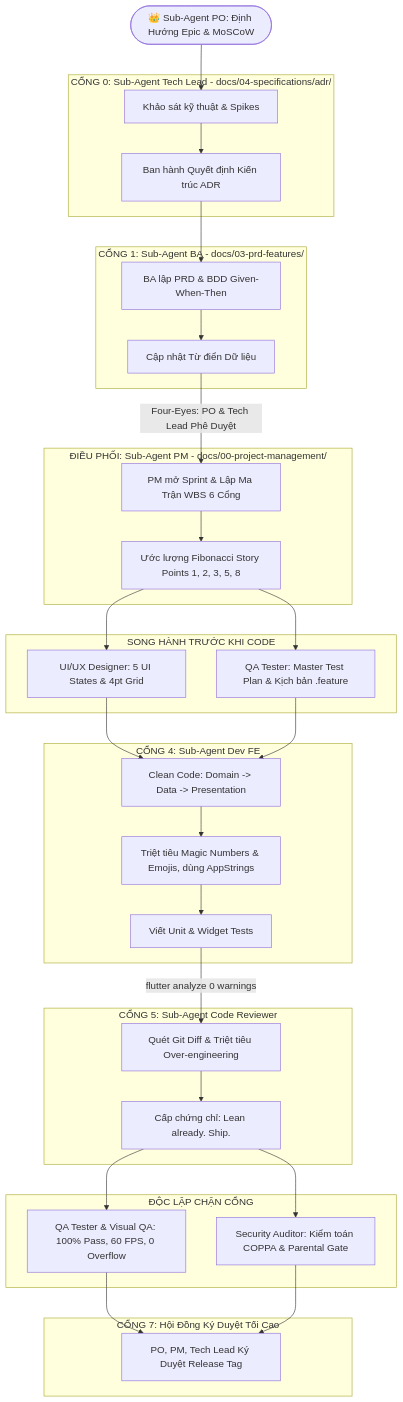
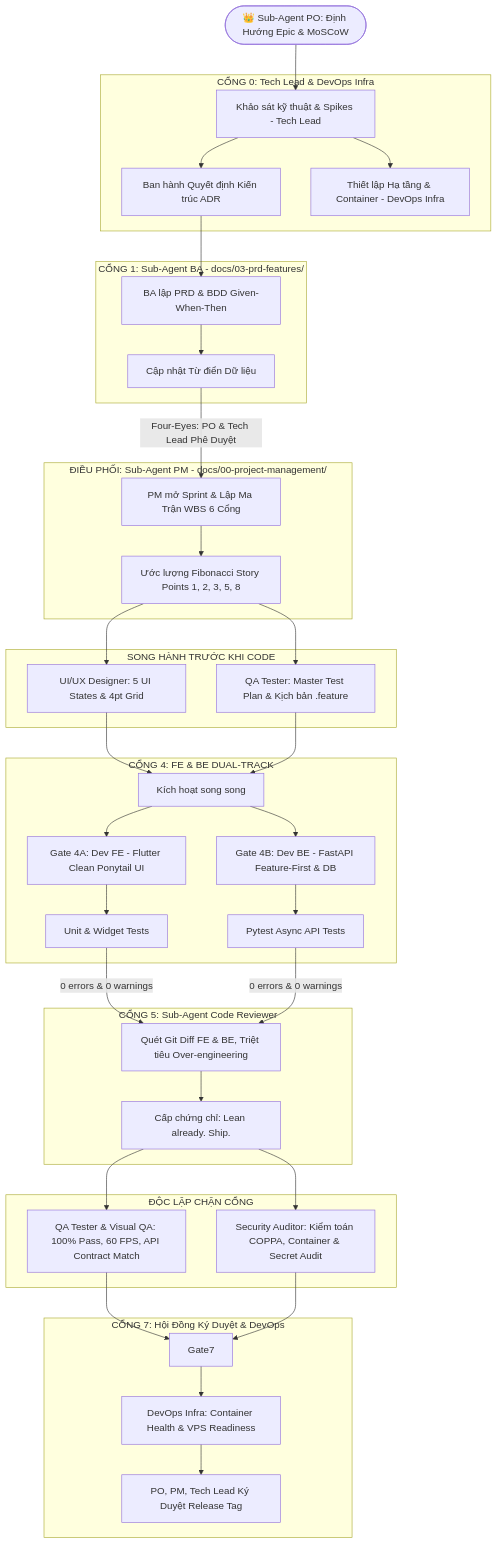
One commit to TrangDuyNguyen/kiddora changed the diagram in docs/01-overview/feature-lifecycle-sop.md. Above: the diagram before and after it, drawn with Mermaid. The commit also changed other lines of this file and 4 other files, not shown here.

Commit message:
feat(agents): add backend-dev and devops-infra sub-agents and upgrade to 11-agent dual-track lifecycle

````diff
--- a/docs/01-overview/feature-lifecycle-sop.md
+++ b/docs/01-overview/feature-lifecycle-sop.md
@@ -9,63 +9,70 @@
 ```mermaid
 flowchart TD
     Strategy([👑 Sub-Agent PO: Định Hướng Epic & MoSCoW]) --> Gate0
     
-    subgraph Gate0: Kiến Trúc & Thử Nghiệm [CỔNG 0: Sub-Agent Tech Lead - docs/04-specifications/adr/]
-        Gate0[Khảo sát kỹ thuật & Spikes]
+    subgraph Gate0: Kiến Trúc & Hạ Tầng [CỔNG 0: Tech Lead & DevOps Infra]
+        Gate0[Khảo sát kỹ thuật & Spikes - Tech Lead]
         ADR[Ban hành Quyết định Kiến trúc ADR]
+        InfraSpike[Thiết lập Hạ tầng & Container - DevOps Infra]
         Gate0 --> ADR
+        Gate0 --> InfraSpike
     end
     
     ADR --> Gate1
     
     subgraph Gate1: Yêu Cầu Nghiệp Vụ [CỔNG 1: Sub-Agent BA - docs/03-prd-features/]
         Gate1[BA lập PRD & BDD Given-When-Then]
         DataDict[Cập nhật Từ điển Dữ liệu]
         Gate1 --> DataDict
     end
     
     DataDict -->|Four-Eyes: PO & Tech Lead Phê Duyệt| PM_Plan
     
     subgraph Lập Kế Hoạch Sprint & WBS [ĐIỀU PHỐI: Sub-Agent PM - docs/00-project-management/]
         PM_Plan[PM mở Sprint & Lập Ma Trận WBS 6 Cổng]
         Points[Ước lượng Fibonacci Story Points 1, 2, 3, 5, 8]
         PM_Plan --> Points
     end
     
     Points --> Gate2 & Gate3
     
     subgraph Gate2 & 3: Thiết Kế UI/UX & Kế Hoạch Test [SONG HÀNH TRƯỚC KHI CODE]
         Gate2[UI/UX Designer: 5 UI States & 4pt Grid]
         Gate3[QA Tester: Master Test Plan & Kịch bản .feature]
     end
     
-    Gate2 & Gate3 --> Gate4
+    Gate2 & Gate3 --> Gate4_Hub
     
-    subgraph Gate4: Triển Khai Mã Nguồn [CỔNG 4: Sub-Agent Dev FE]
-        Gate4[Clean Code: Domain -> Data -> Presentation]
-        PonytailCode[Triệt tiêu Magic Numbers & Emojis, dùng AppStrings]
-        UnitTests[Viết Unit & Widget Tests]
-        Gate4 --> PonytailCode --> UnitTests
+    subgraph Gate4: Triển Khai Mã Nguồn Song Hành [CỔNG 4: FE & BE DUAL-TRACK]
+        Gate4_Hub[Kích hoạt song song]
+        Gate4A[Gate 4A: Dev FE - Flutter Clean Ponytail UI]
+        Gate4B[Gate 4B: Dev BE - FastAPI Feature-First & DB]
+        Gate4_Hub --> Gate4A
+        Gate4_Hub --> Gate4B
+        Gate4A --> FE_Tests[Unit & Widget Tests]
+        Gate4B --> BE_Tests[Pytest Async API Tests]
     end
     
-    UnitTests -->|flutter analyze 0 warnings| Gate5
+    FE_Tests & BE_Tests -->|0 errors & 0 warnings| Gate5
     
     subgraph Gate5: Rà Soát Tinh Gọn [CỔNG 5: Sub-Agent Code Reviewer]
-        Gate5[Quét Git Diff & Triệt tiêu Over-engineering]
+        Gate5[Quét Git Diff FE & BE, Triệt tiêu Over-engineering]
         Signoff5[Cấp chứng chỉ: Lean already. Ship.]
         Gate5 --> Signoff5
     end
     
     Signoff5 --> Gate6 & Gate6_5
     
     subgraph Gate6 & 6.5: Nghiệm Thu Thực Chất & An Ninh [ĐỘC LẬP CHẶN CỔNG]
-        Gate6[QA Tester & Visual QA: 100% Pass, 60 FPS, 0 Overflow]
-        Gate6_5[Security Auditor: Kiểm toán COPPA & Parental Gate]
+        Gate6[QA Tester & Visual QA: 100% Pass, 60 FPS, API Contract Match]
+        Gate6_5[Security Auditor: Kiểm toán COPPA, Container & Secret Audit]
     end
     
     Gate6 & Gate6_5 --> Gate7
     
-    subgraph Gate7: Ký Duyệt Phát Hành [CỔNG 7: Hội Đồng Ký Duyệt Tối Cao]
-        Gate7[PO, PM, Tech Lead Ký Duyệt Release Tag]
+    subgraph Gate7: Ký Duyệt Phát Hành [CỔNG 7: Hội Đồng Ký Duyệt & DevOps]
+        DeployCheck[DevOps Infra: Container Health & VPS Readiness]
+        ReleaseCouncil[PO, PM, Tech Lead Ký Duyệt Release Tag]
+        Gate7 --> DeployCheck --> ReleaseCouncil
     end
 ```
````
